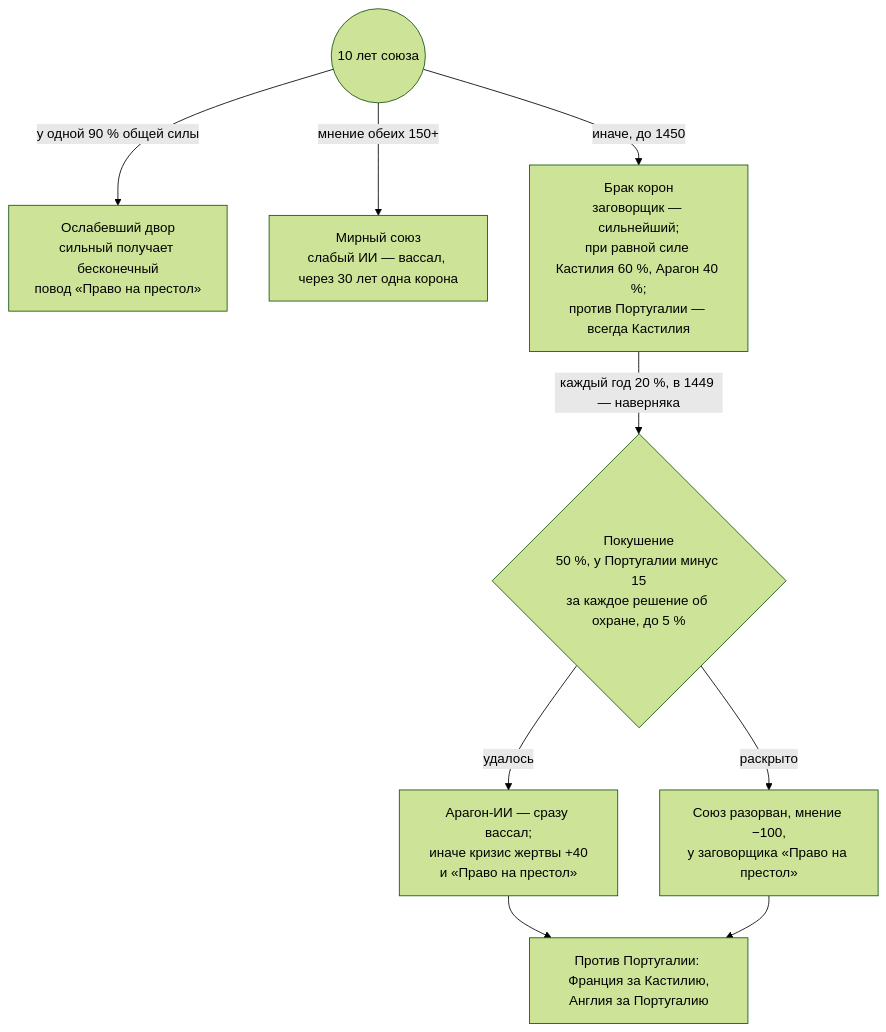
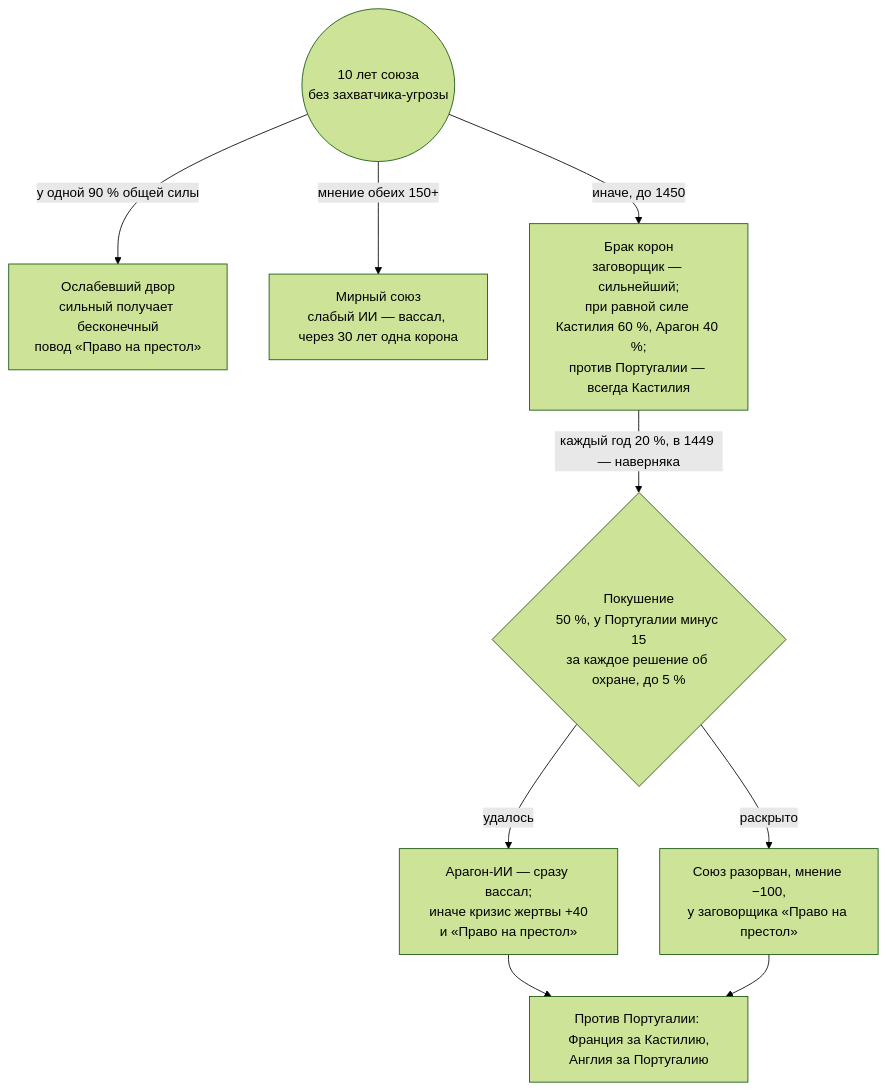
The third of 3 diagrams in docs/GEOPOLICY_SCENARIOS_WEST.md (Ilya2035/NewIntelligence), drawn with Mermaid (forest theme) before and after one commit. The commit also changed other lines of this file and 48 other files, not shown here.

````diff
--- a/docs/GEOPOLICY_SCENARIOS_WEST.md
+++ b/docs/GEOPOLICY_SCENARIOS_WEST.md
@@ -212,11 +212,11 @@
 ```mermaid
 flowchart TD
-    A((10 лет союза)) -->|у одной 90 % общей силы| W[Ослабевший двор<br/>сильный получает бесконечный<br/>повод «Право на престол»]
+    A((10 лет союза<br/>без захватчика-угрозы)) -->|у одной 90 % общей силы| W[Ослабевший двор<br/>сильный получает бесконечный<br/>повод «Право на престол»]
     A -->|мнение обеих 150+| P[Мирный союз<br/>слабый ИИ — вассал, через 30 лет одна корона]
     A -->|иначе, до 1450| M[Брак корон<br/>заговорщик — сильнейший;<br/>при равной силе Кастилия 60 %, Арагон 40 %;<br/>против Португалии — всегда Кастилия]
     M -->|каждый год 20 %, в 1449 — наверняка| T{Покушение<br/>50 %, у Португалии минус 15<br/>за каждое решение об охране, до 5 %}
     T -->|удалось| S[Арагон-ИИ — сразу вассал;<br/>иначе кризис жертвы +40<br/>и «Право на престол»]
     T -->|раскрыто| E[Союз разорван, мнение −100,<br/>у заговорщика «Право на престол»]
     S --> F[Против Португалии: Франция за Кастилию,<br/>Англия за Португалию]
     E --> F
 ```
````
